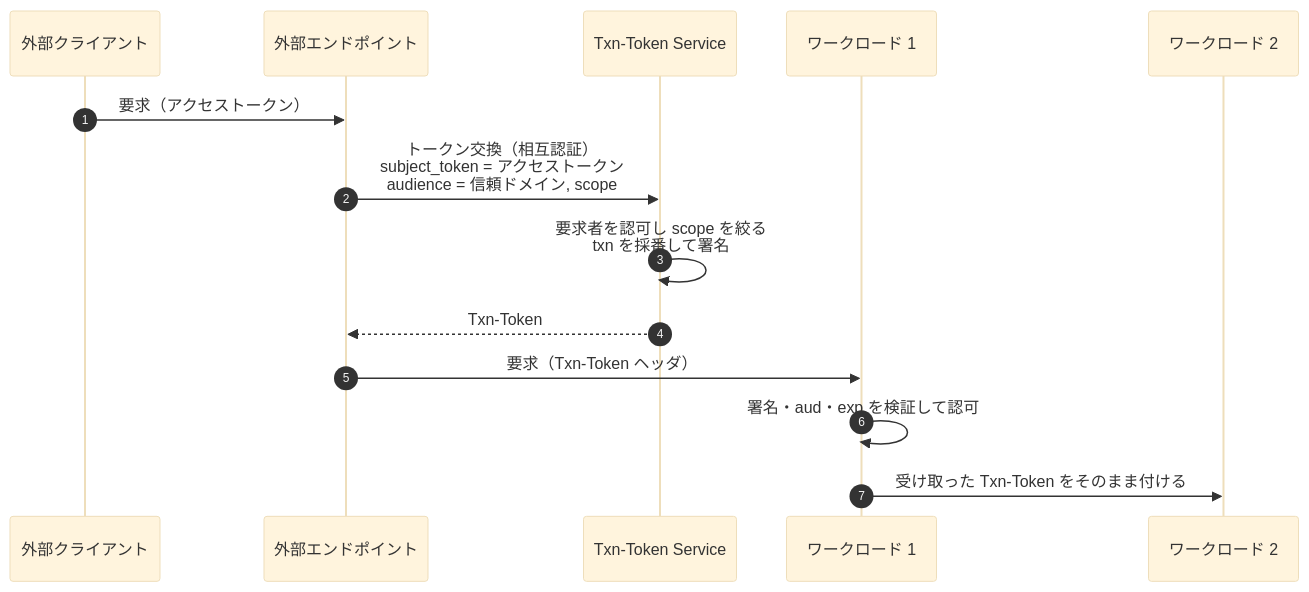
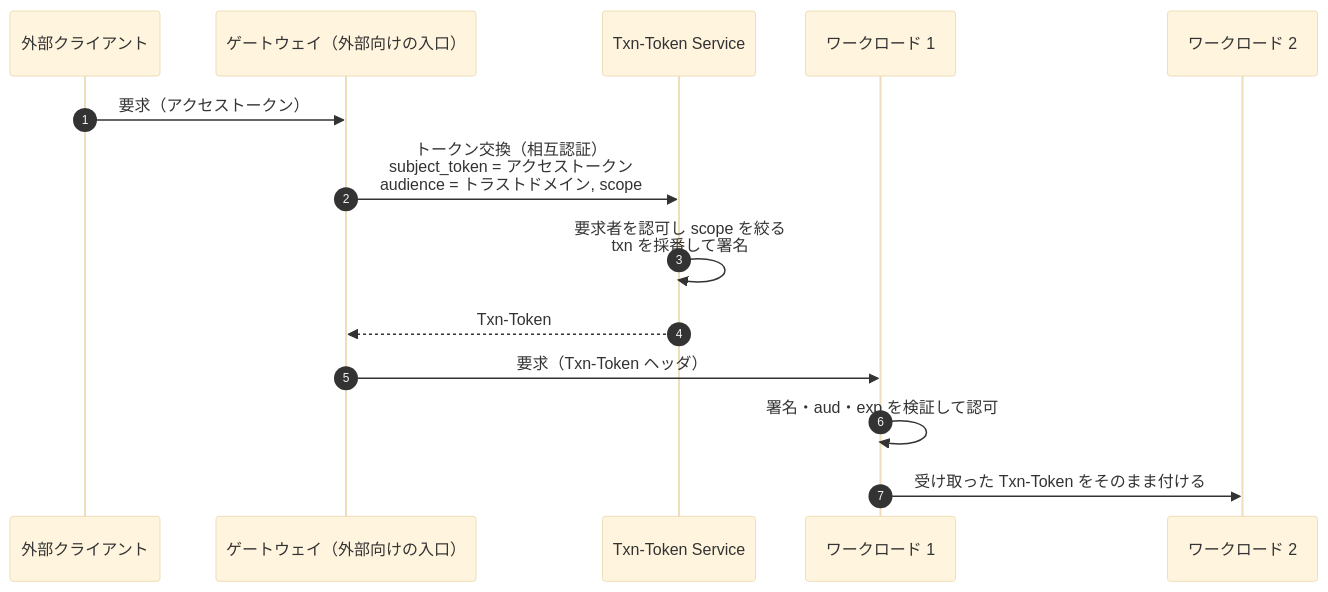
Before and after one commit to bmf-san/bmf-tech: the fourth of 5 diagrams in content/ja/posts/workload-identity-wimse-transaction-tokens.md, drawn with Mermaid (base theme). The commit also changed other lines of this file and 1 other file, not shown here.

First line of the commit message:
fix: ワークロードアイデンティティの記事の図・指針・まとめを本文と一次資料の条件に合わせる

````diff
--- a/content/ja/posts/workload-identity-wimse-transaction-tokens.md
+++ b/content/ja/posts/workload-identity-wimse-transaction-tokens.md
@@ -310,16 +312,16 @@
 ```mermaid
 sequenceDiagram
     autonumber
     participant EC as 外部クライアント
-    participant GW as 外部エンドポイント
+    participant GW as ゲートウェイ（外部向けの入口）
     participant TTS as Txn-Token Service
     participant W1 as ワークロード 1
     participant W2 as ワークロード 2
     EC->>GW: 要求（アクセストークン）
-    GW->>TTS: トークン交換（相互認証）<br/>subject_token = アクセストークン<br/>audience = 信頼ドメイン, scope
+    GW->>TTS: トークン交換（相互認証）<br/>subject_token = アクセストークン<br/>audience = トラストドメイン, scope
     TTS->>TTS: 要求者を認可し scope を絞る<br/>txn を採番して署名
     TTS-->>GW: Txn-Token
     GW->>W1: 要求（Txn-Token ヘッダ）
     W1->>W1: 署名・aud・exp を検証して認可
     W1->>W2: 受け取った Txn-Token をそのまま付ける
 ```
````
